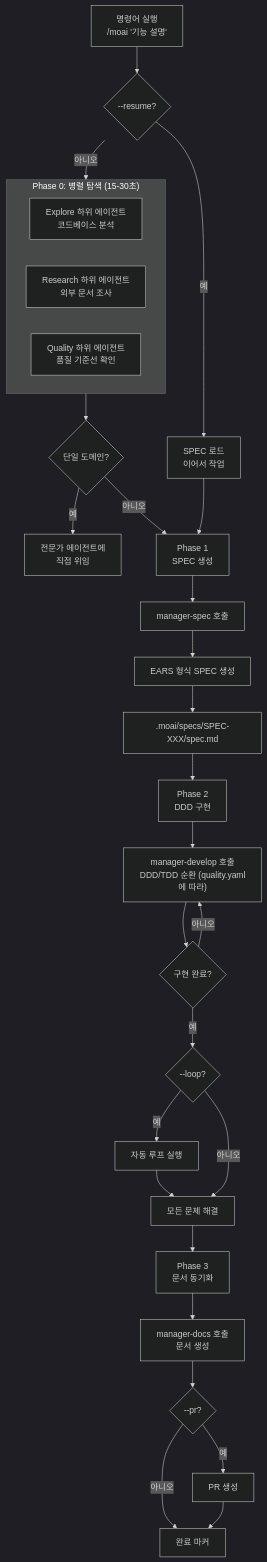
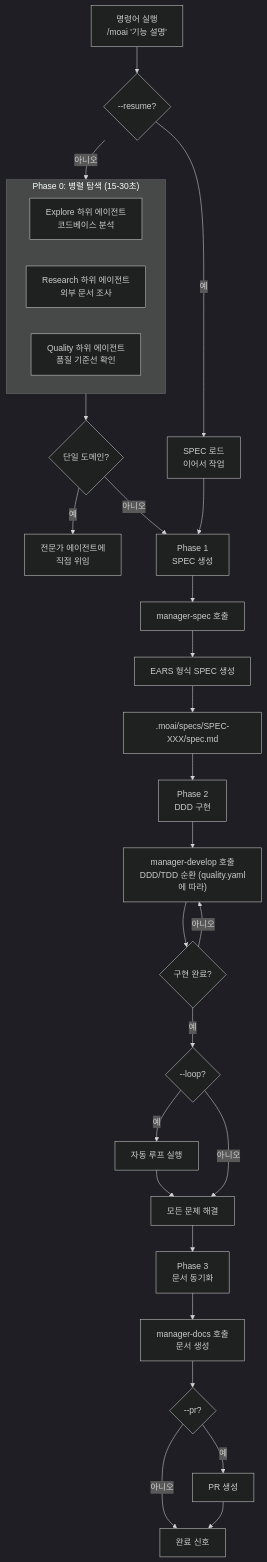
Before and after one commit to modu-ai/moai-adk: the diagram in docs-site/content/ko/utility-commands/moai.md, drawn with Mermaid (dark theme). The commit also changed other lines of this file and 17 other files, not shown here.

````diff
--- a/docs-site/content/ko/utility-commands/moai.md
+++ b/docs-site/content/ko/utility-commands/moai.md
@@ -158,40 +158,40 @@
 ```mermaid
 flowchart TD
     A["명령어 실행<br/>/moai '기능 설명'"] --> B{--resume?}
     B -->|예| C["SPEC 로드<br/>이어서 작업"]
     B -->|아니오| D["Phase 0<br/>병렬 탐색"]
 
     subgraph D["Phase 0: 병렬 탐색 (15-30초)"]
         D1["Explore 하위 에이전트<br/>코드베이스 분석"]
         D2["Research 하위 에이전트<br/>외부 문서 조사"]
         D3["Quality 하위 에이전트<br/>품질 기준선 확인"]
     end
 
     D --> E{"단일 도메인?"}
     E -->|예| F["전문가 에이전트에<br/>직접 위임"]
     E -->|아니오| G["Phase 1 계속"]
 
     C --> G["Phase 1<br/>SPEC 생성"]
     G --> H["manager-spec 호출"]
     H --> I["EARS 형식 SPEC 생성"]
     I --> J[".moai/specs/SPEC-XXX/spec.md"]
 
     J --> K["Phase 2<br/>DDD 구현"]
 
     K --> L["manager-develop 호출<br/>DDD/TDD 순환 (quality.yaml에 따라)"]
     L --> M{"구현 완료?"}
     M -->|아니오| L
     M -->|예| N{"--loop?"}
 
     N -->|예| O["자동 루프 실행"]
     O --> P["모든 문제 해결"]
     N -->|아니오| P
 
     P --> Q["Phase 3<br/>문서 동기화"]
 
     Q --> R["manager-docs 호출<br/>문서 생성"]
     R --> S{"--pr?"}
     S -->|예| T["PR 생성"]
-    S -->|아니오| U["완료 마커"]
+    S -->|아니오| U["완료 신호"]
     T --> U
 ```
````
